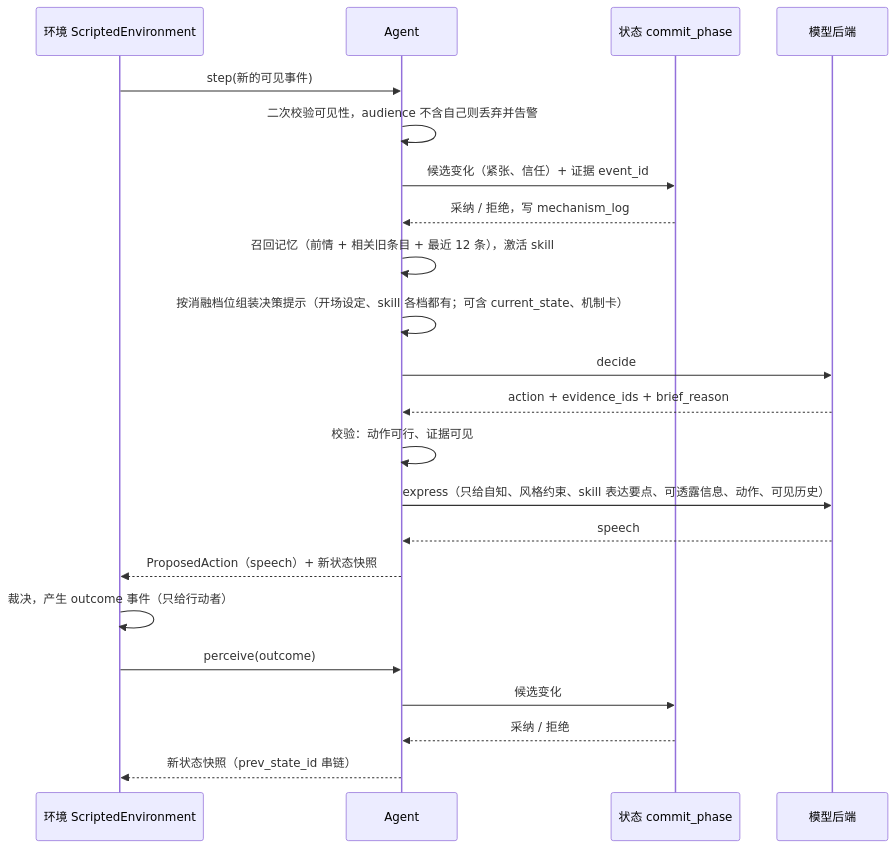
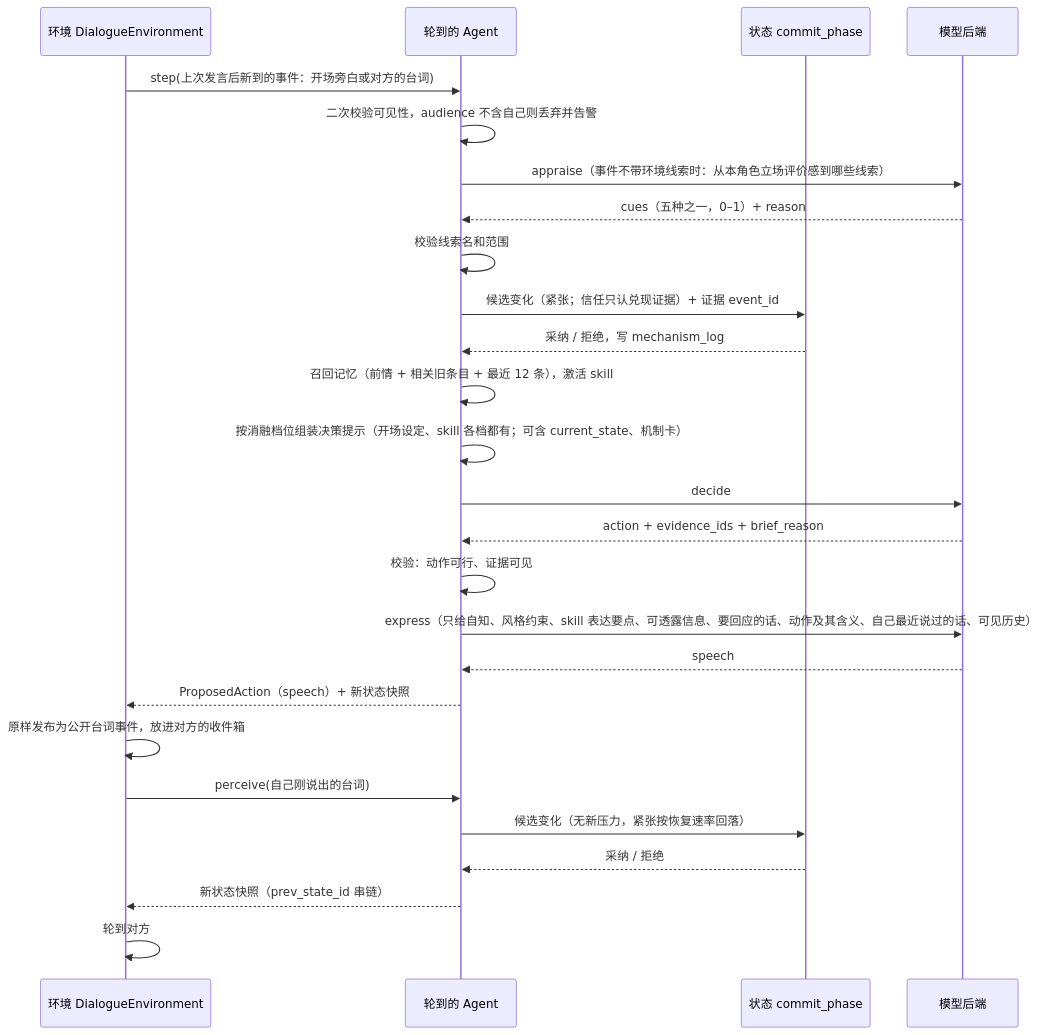
Before and after one commit to piersalei/RoleSimulationFramework: the second of 5 diagrams in docs/07-architecture.md, drawn with Mermaid. The commit also changed other lines of this file and 27 other files, not shown here.

Commit message:
Two-agent autonomous dialogue: scene 2.0 background-only, appraisal cues, per-role records and audit, thinking-mode backend

````diff
--- a/docs/07-architecture.md
+++ b/docs/07-architecture.md
@@ -96,25 +98,29 @@
 ```mermaid
 sequenceDiagram
-  participant E as 环境 ScriptedEnvironment
-  participant A as Agent
+  participant E as 环境 DialogueEnvironment
+  participant A as 轮到的 Agent
   participant S as 状态 commit_phase
   participant M as 模型后端
 
-  E->>A: step(新的可见事件)
+  E->>A: step(上次发言后新到的事件：开场旁白或对方的台词)
   A->>A: 二次校验可见性，audience 不含自己则丢弃并告警
-  A->>S: 候选变化（紧张、信任）+ 证据 event_id
+  A->>M: appraise（事件不带环境线索时：从本角色立场评价感到哪些线索）
+  M-->>A: cues（五种之一，0–1）+ reason
+  A->>A: 校验线索名和范围
+  A->>S: 候选变化（紧张；信任只认兑现证据）+ 证据 event_id
   S-->>A: 采纳 / 拒绝，写 mechanism_log
   A->>A: 召回记忆（前情 + 相关旧条目 + 最近 12 条），激活 skill
   A->>A: 按消融档位组装决策提示（开场设定、skill 各档都有；可含 current_state、机制卡）
   A->>M: decide
   M-->>A: action + evidence_ids + brief_reason
   A->>A: 校验：动作可行、证据可见
-  A->>M: express（只给自知、风格约束、skill 表达要点、可透露信息、动作、可见历史）
+  A->>M: express（只给自知、风格约束、skill 表达要点、可透露信息、要回应的话、动作及其含义、自己最近说过的话、可见历史）
   M-->>A: speech
   A-->>E: ProposedAction（speech）+ 新状态快照
-  E->>E: 裁决，产生 outcome 事件（只给行动者）
-  E->>A: perceive(outcome)
-  A->>S: 候选变化
+  E->>E: 原样发布为公开台词事件，放进对方的收件箱
+  E->>A: perceive(自己刚说出的台词)
+  A->>S: 候选变化（无新压力，紧张按恢复速率回落）
   S-->>A: 采纳 / 拒绝
   A-->>E: 新状态快照（prev_state_id 串链）
+  E->>E: 轮到对方
 ```
````
